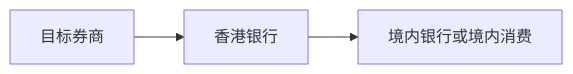
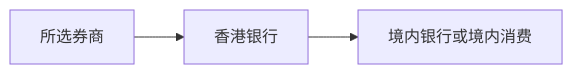
Before and after one commit to kola-official/Chinese-invest-USA-Stock: the diagram in docs/05-出金与长期持有.md, drawn with Mermaid. The commit also changed other lines of this file and 7 other files, not shown here.

````diff
--- a/docs/05-出金与长期持有.md
+++ b/docs/05-出金与长期持有.md
@@ -28,5 +28,5 @@
 ```mermaid
 flowchart LR
-  A["目标券商"] --> B["香港银行"]
+  A["所选券商"] --> B["香港银行"]
   B --> C["境内银行或境内消费"]
 ```
````
